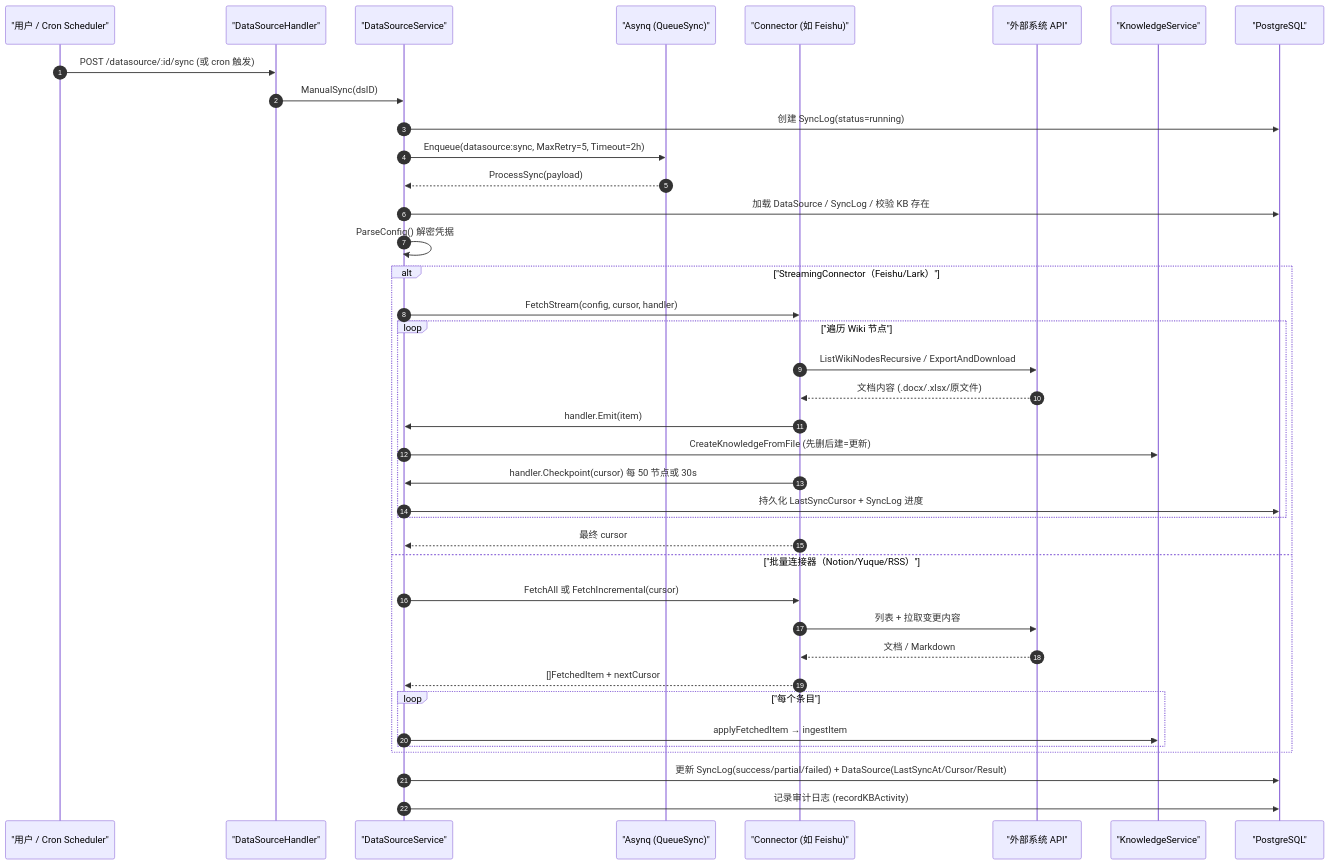
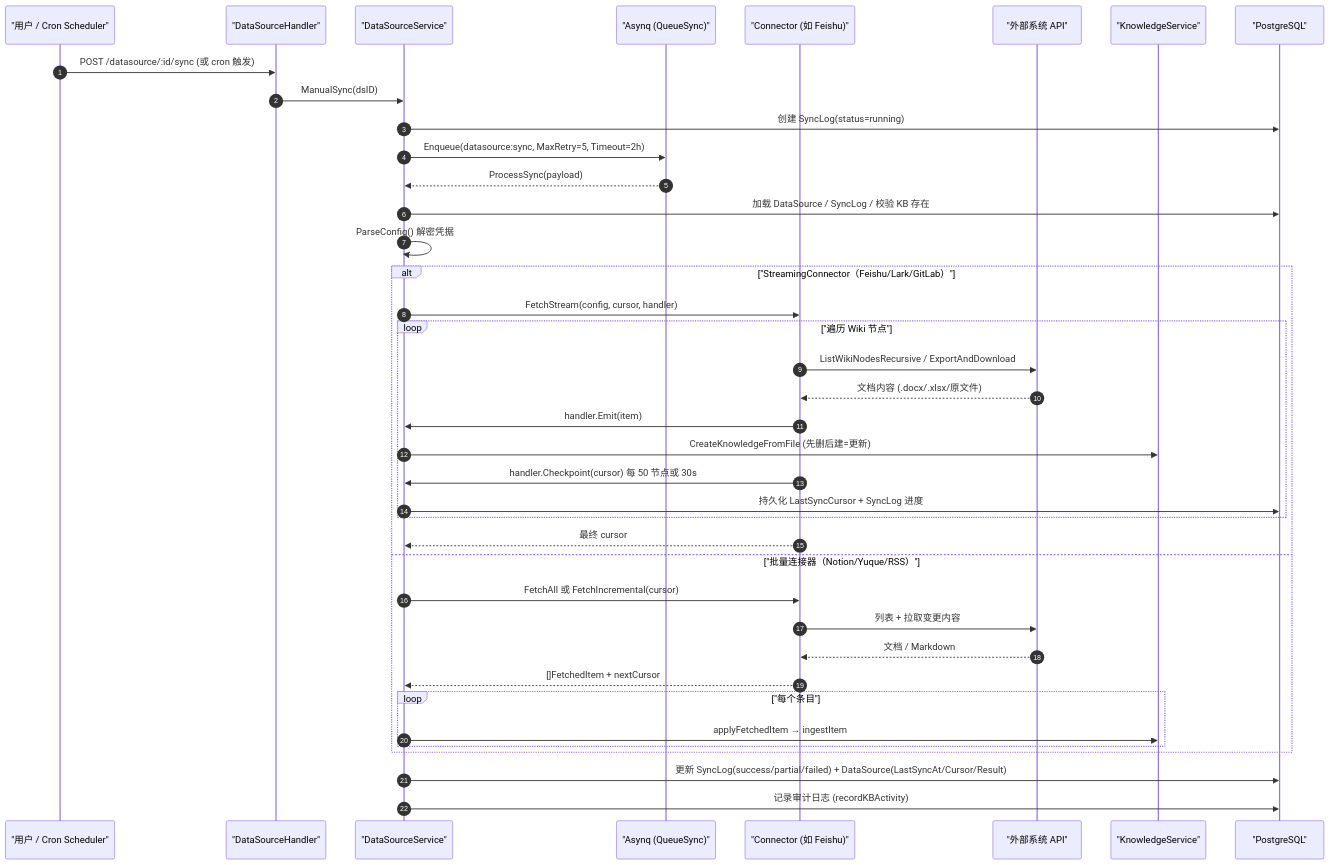
One commit to qinlei131479/WeKnora changed the second of 2 diagrams in apps/docs/03-features/10-datasource.md. Above: the diagram before and after it, drawn with Mermaid. The commit also changed other lines of this file and 66 other files, not shown here.

````diff
--- a/apps/docs/03-features/10-datasource.md
+++ b/apps/docs/03-features/10-datasource.md
@@ -183,42 +181,42 @@
 ```mermaid
 sequenceDiagram
     autonumber
     participant U as "用户 / Cron Scheduler"
     participant H as "DataSourceHandler"
     participant S as "DataSourceService"
     participant Q as "Asynq (QueueSync)"
     participant C as "Connector (如 Feishu)"
     participant EXT as "外部系统 API"
     participant K as "KnowledgeService"
     participant DB as "PostgreSQL"
 
     U->>H: POST /datasource/:id/sync (或 cron 触发)
     H->>S: ManualSync(dsID)
     S->>DB: 创建 SyncLog(status=running)
     S->>Q: Enqueue(datasource:sync, MaxRetry=5, Timeout=2h)
     Q-->>S: ProcessSync(payload)
     S->>DB: 加载 DataSource / SyncLog / 校验 KB 存在
     S->>S: ParseConfig() 解密凭据
-    alt "StreamingConnector（Feishu/Lark）"
+    alt "StreamingConnector（Feishu/Lark/GitLab）"
         S->>C: FetchStream(config, cursor, handler)
         loop "遍历 Wiki 节点"
             C->>EXT: ListWikiNodesRecursive / ExportAndDownload
             EXT-->>C: 文档内容 (.docx/.xlsx/原文件)
             C->>S: handler.Emit(item)
             S->>K: CreateKnowledgeFromFile (先删后建=更新)
             C->>S: handler.Checkpoint(cursor) 每 50 节点或 30s
             S->>DB: 持久化 LastSyncCursor + SyncLog 进度
         end
         C-->>S: 最终 cursor
     else "批量连接器（Notion/Yuque/RSS）"
         S->>C: FetchAll 或 FetchIncremental(cursor)
         C->>EXT: 列表 + 拉取变更内容
         EXT-->>C: 文档 / Markdown
         C-->>S: []FetchedItem + nextCursor
         loop "每个条目"
             S->>K: applyFetchedItem → ingestItem
         end
     end
     S->>DB: 更新 SyncLog(success/partial/failed) + DataSource(LastSyncAt/Cursor/Result)
     S->>DB: 记录审计日志 (recordKBActivity)
 ```
````
